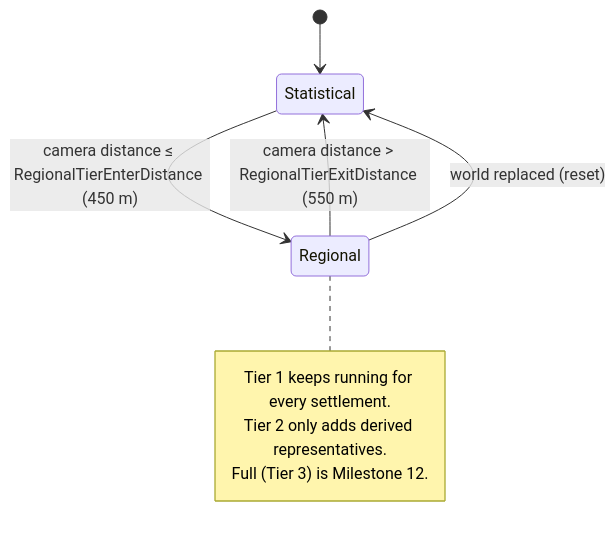
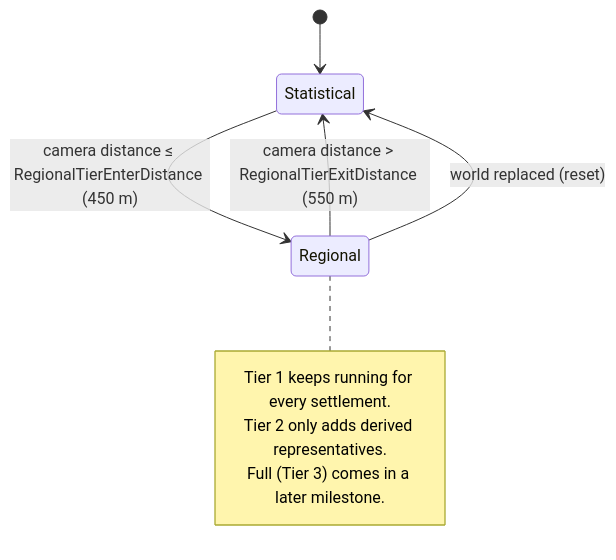
Before and after one commit to roeyazroel/pantheon: the fifth of 6 diagrams in .docs/milestone-2-living-settlement.md, drawn with Mermaid. The commit also changed other lines of this file and 15 other files, not shown here.

````diff
--- a/.docs/milestone-2-living-settlement.md
+++ b/.docs/milestone-2-living-settlement.md
@@ -379,12 +382,12 @@
 ```mermaid
 stateDiagram-v2
     [*] --> Statistical
     Statistical --> Regional: camera distance ≤ RegionalTierEnterDistance (450 m)
     Regional --> Statistical: camera distance > RegionalTierExitDistance (550 m)
     Regional --> Statistical: world replaced (reset)
     note right of Regional
         Tier 1 keeps running for every settlement.
         Tier 2 only adds derived representatives.
-        Full (Tier 3) is Milestone 12.
+        Full (Tier 3) comes in a later milestone.
     end note
 ```
````
